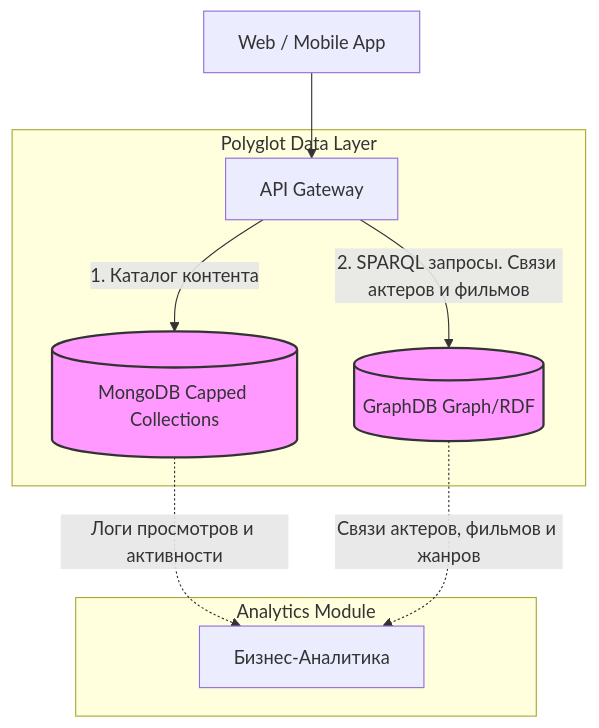
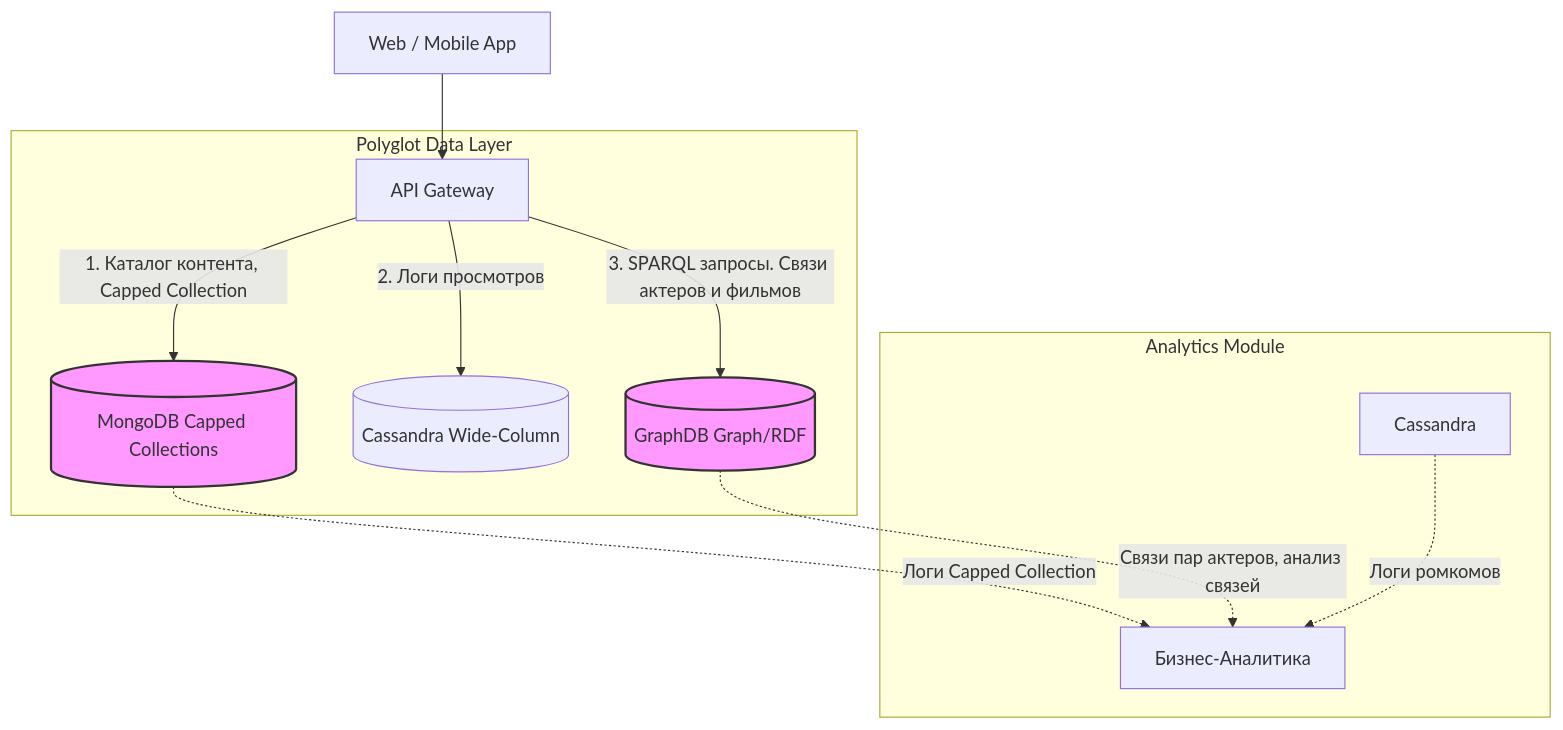
Before and after one commit to wyamka/BigData-MGPU: the diagram in pw_02/README.md, drawn with Mermaid. The commit also changed other lines of this file and 1 other file, not shown here.

````diff
--- a/pw_02/README.md
+++ b/pw_02/README.md
@@ -18,19 +21,21 @@
 ```mermaid
 graph TD
     Client[Web / Mobile App] --> API[API Gateway]
 
 
     subgraph Polyglot Data Layer
-        API -->|1. Каталог контента| Mongo[(MongoDB Capped Collections)]
-        API -->|2. SPARQL запросы. Связи актеров и фильмов| Graph[(GraphDB Graph/RDF)]
+        API -->|1. Каталог контента, Capped Collection| Mongo[(MongoDB Capped Collections)]
+        API -->|2. Логи просмотров| Cass[(Cassandra Wide-Column)]
+        API -->|3. SPARQL запросы. Связи актеров и фильмов| Graph[(GraphDB Graph/RDF)]
     end
 
 
     subgraph Analytics Module
-        Mongo -.->|Логи просмотров и активности| BI[Бизнес-Аналитика]
-        Graph -.->|Связи актеров, фильмов и жанров| BI[Бизнес-Аналитика]
+        Mongo -.->|Логи Capped Collection| BI[Бизнес-Аналитика]
+        Graph -.->|Связи пар актеров, анализ связей| BI[Бизнес-Аналитика]
+        Cassandra -.->|Логи ромкомов| BI[Бизнес-Аналитика]
     end
 
     classDef db fill:#f9f,stroke:#333,stroke-width:2px;
     class Mongo,Graph db;
 ```
````
